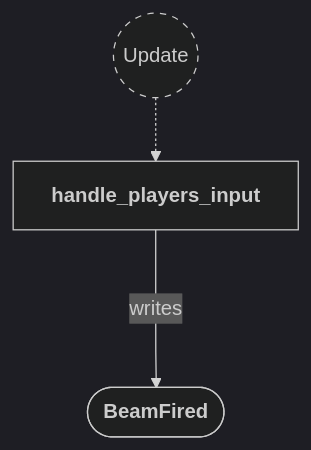
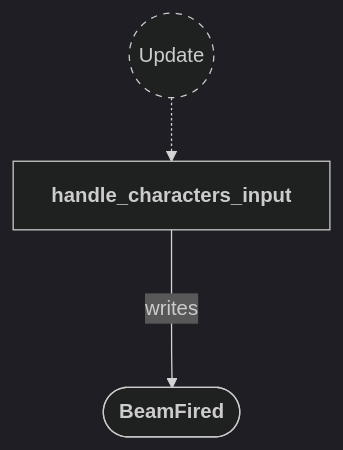
Before and after one commit to neurosoup/tyled: the sixth of 6 diagrams in backlog/docs/doc-2 - 002-Input-plugin.md, drawn with Mermaid. The commit also changed other lines of this file and 7 other files, not shown here.

````diff
--- a/backlog/docs/doc-2 - 002-Input-plugin.md
+++ b/backlog/docs/doc-2 - 002-Input-plugin.md
@@ -203,18 +210,18 @@
 ```mermaid
 ---
 config:
   theme: dark
 ---
 
 flowchart TD
 classDef system-group stroke-dasharray: 5 5
 
 update(("`Update`")):::system-group
-handle_players_input["`**handle_players_input**`"]
+handle_characters_input["`**handle_characters_input**`"]
 
-update -.-> handle_players_input
+update -.-> handle_characters_input
 
 beam_fired_message(["`**BeamFired**`"])
 
-handle_players_input ---> |writes| beam_fired_message
+handle_characters_input ---> |writes| beam_fired_message
 ```
````
